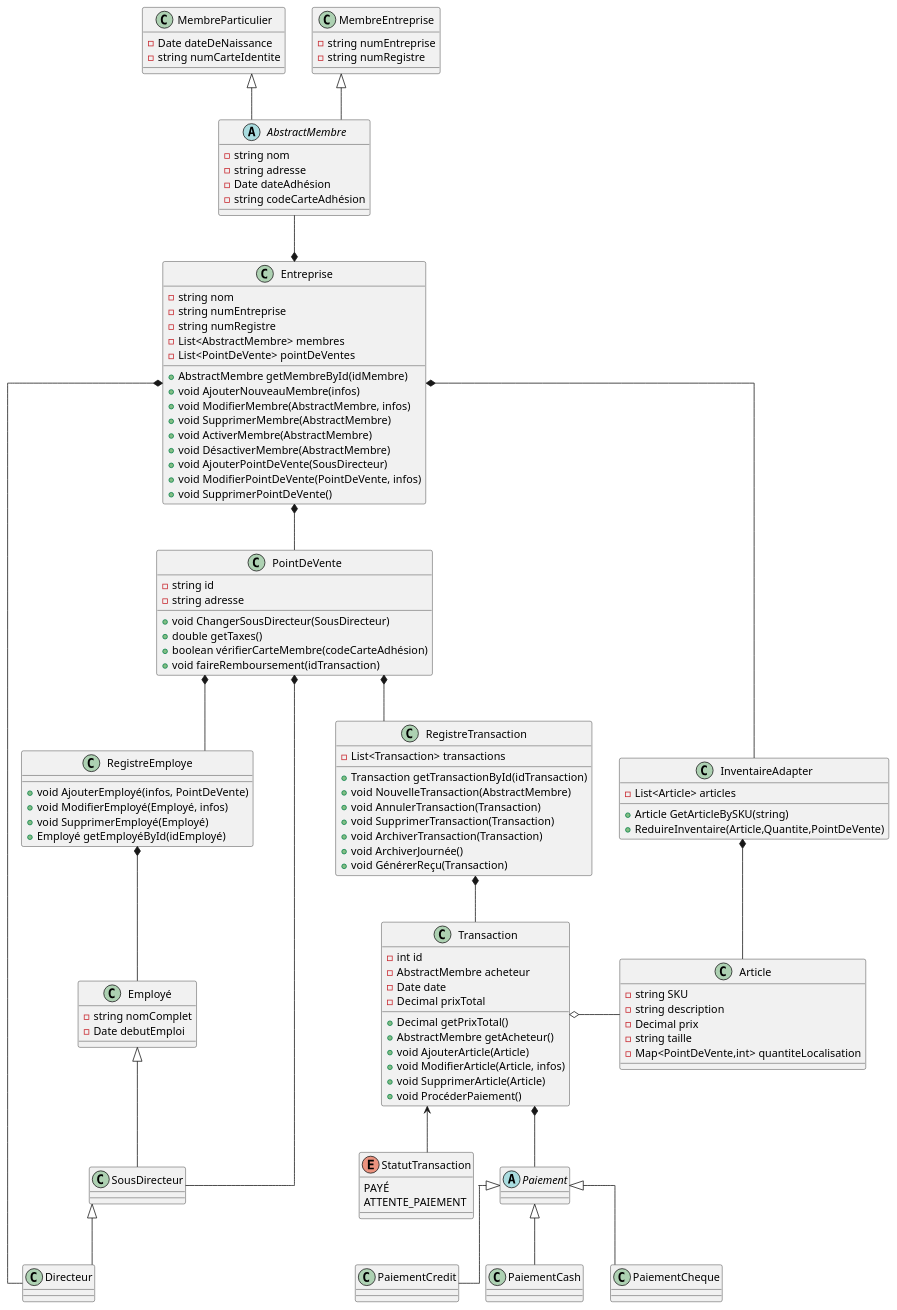
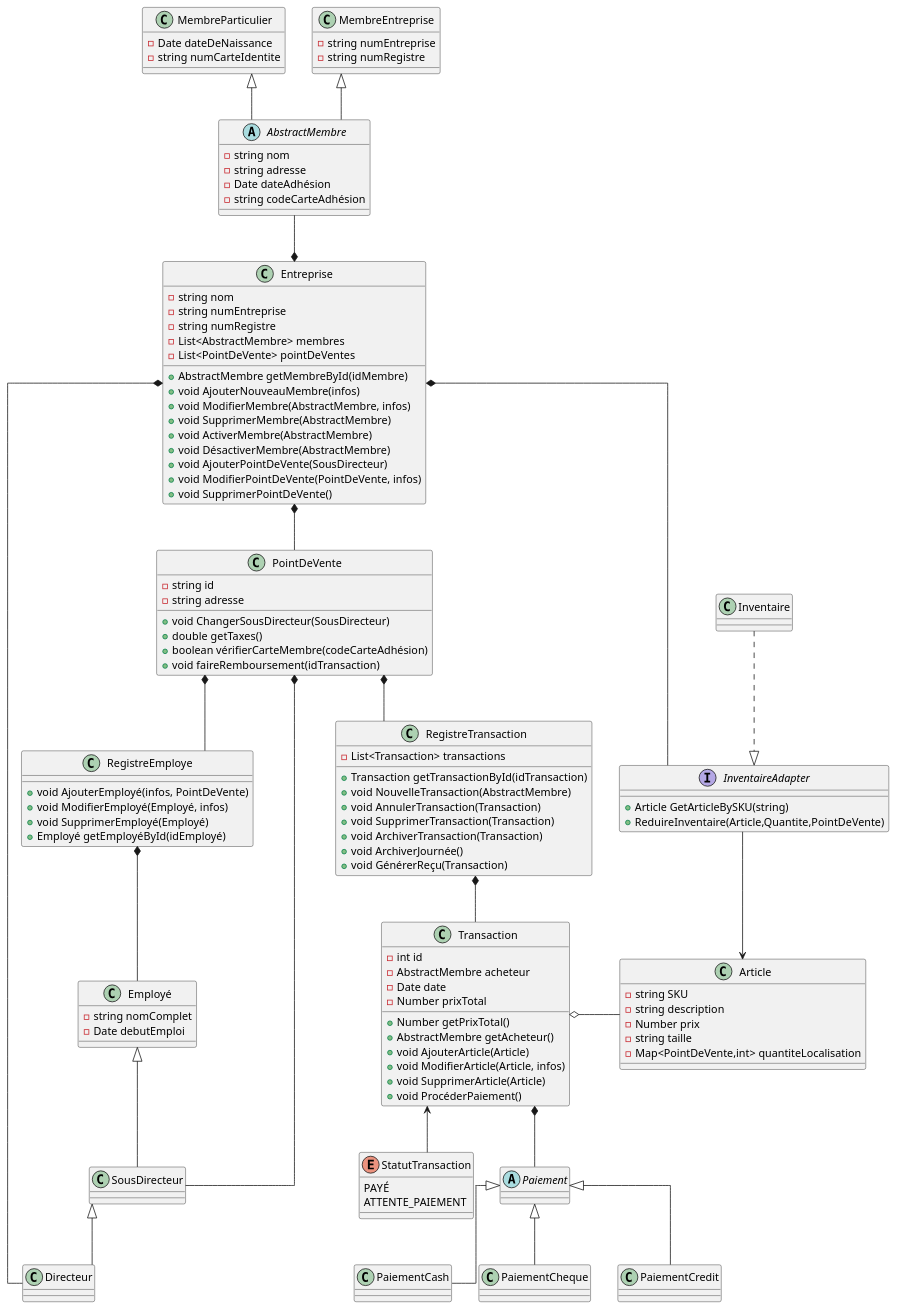
One commit to SamBolduc/INF1011-TP2 changed the diagram in diagram.puml. Above: the diagram before and after it, drawn with PlantUML.

```diff
--- a/diagram.puml
+++ b/diagram.puml
@@ -1,146 +1,149 @@
 @startuml
 
 skinparam linetype ortho
 
 abstract class AbstractMembre {
 - string nom
 - string adresse
 - Date dateAdhésion
 - string codeCarteAdhésion
 }
 
 class MembreParticulier {
 - Date dateDeNaissance
 - string numCarteIdentite
 }
 
 class MembreEntreprise {
 - string numEntreprise
 - string numRegistre
 }
 
 class RegistreEmploye{
   + void AjouterEmployé(infos, PointDeVente)
   + void ModifierEmployé(Employé, infos)
   + void SupprimerEmployé(Employé)
   + Employé getEmployéById(idEmployé)
 }
 
 
 class Employé {
 - string nomComplet
 - Date debutEmploi
 }
 
 class SousDirecteur {
 
 }
 
 class Directeur {
 
 }
 
 class Transaction {
 - int id
 - AbstractMembre acheteur
 - Date date
-- Decimal prixTotal
-+ Decimal getPrixTotal()
+- Number prixTotal
++ Number getPrixTotal()
 + AbstractMembre getAcheteur()
 + void AjouterArticle(Article)
 + void ModifierArticle(Article, infos)
 + void SupprimerArticle(Article)
 + void ProcéderPaiement()
 }
 
 class Article {
   - string SKU
   - string description
-  - Decimal prix
+  - Number prix
   - string taille
   - Map<PointDeVente,int> quantiteLocalisation
 }
 
 class RegistreTransaction {
 - List<Transaction> transactions
 + Transaction getTransactionById(idTransaction)
 + void NouvelleTransaction(AbstractMembre)
 + void AnnulerTransaction(Transaction)
 + void SupprimerTransaction(Transaction)
 + void ArchiverTransaction(Transaction)
 + void ArchiverJournée()
 + void GénérerReçu(Transaction)
 }
 
 enum StatutTransaction{
 PAYÉ
 ATTENTE_PAIEMENT
 }
 
 class Entreprise {
 - string nom
 - string numEntreprise
 - string numRegistre
 - List<AbstractMembre> membres
 - List<PointDeVente> pointDeVentes
 + AbstractMembre getMembreById(idMembre)
 + void AjouterNouveauMembre(infos)
 + void ModifierMembre(AbstractMembre, infos)
 + void SupprimerMembre(AbstractMembre)
 + void ActiverMembre(AbstractMembre)
 + void DésactiverMembre(AbstractMembre)
 + void AjouterPointDeVente(SousDirecteur)
 + void ModifierPointDeVente(PointDeVente, infos)
 + void SupprimerPointDeVente()
 
 }
 
 class PointDeVente {
   - string id
   - string adresse
   + void ChangerSousDirecteur(SousDirecteur)
   + double getTaxes()
   + boolean vérifierCarteMembre(codeCarteAdhésion)
   + void faireRemboursement(idTransaction)
 }
 
-class InventaireAdapter {
-  -List<Article> articles
+interface InventaireAdapter {
   +Article GetArticleBySKU(string)
   +ReduireInventaire(Article,Quantite,PointDeVente)
 }
+
+class Inventaire
+
+Inventaire ..|> InventaireAdapter
 
 abstract class Paiement {}
 
 class PaiementCredit {}
 
 class PaiementCash {}
 
 class PaiementCheque {}
 
 Employé <|-- SousDirecteur
 SousDirecteur <|-- Directeur
 
 Paiement <|-- PaiementCredit
 Paiement <|-- PaiementCash
 Paiement <|-- PaiementCheque
 
 Entreprise *-- PointDeVente
 PointDeVente *-- RegistreEmploye
 Entreprise *--- InventaireAdapter
-InventaireAdapter *-- Article
+InventaireAdapter --> Article
 Entreprise *-- Directeur
 PointDeVente *-- SousDirecteur
 RegistreEmploye *-- Employé
 PointDeVente *-- RegistreTransaction
 
 RegistreTransaction *-- Transaction
 Transaction <-- StatutTransaction
 Transaction *-- Paiement
 Transaction o- Article
 
 AbstractMembre --* Entreprise
 MembreParticulier<|-- AbstractMembre
 MembreEntreprise <|-- AbstractMembre
 
 @enduml
```
